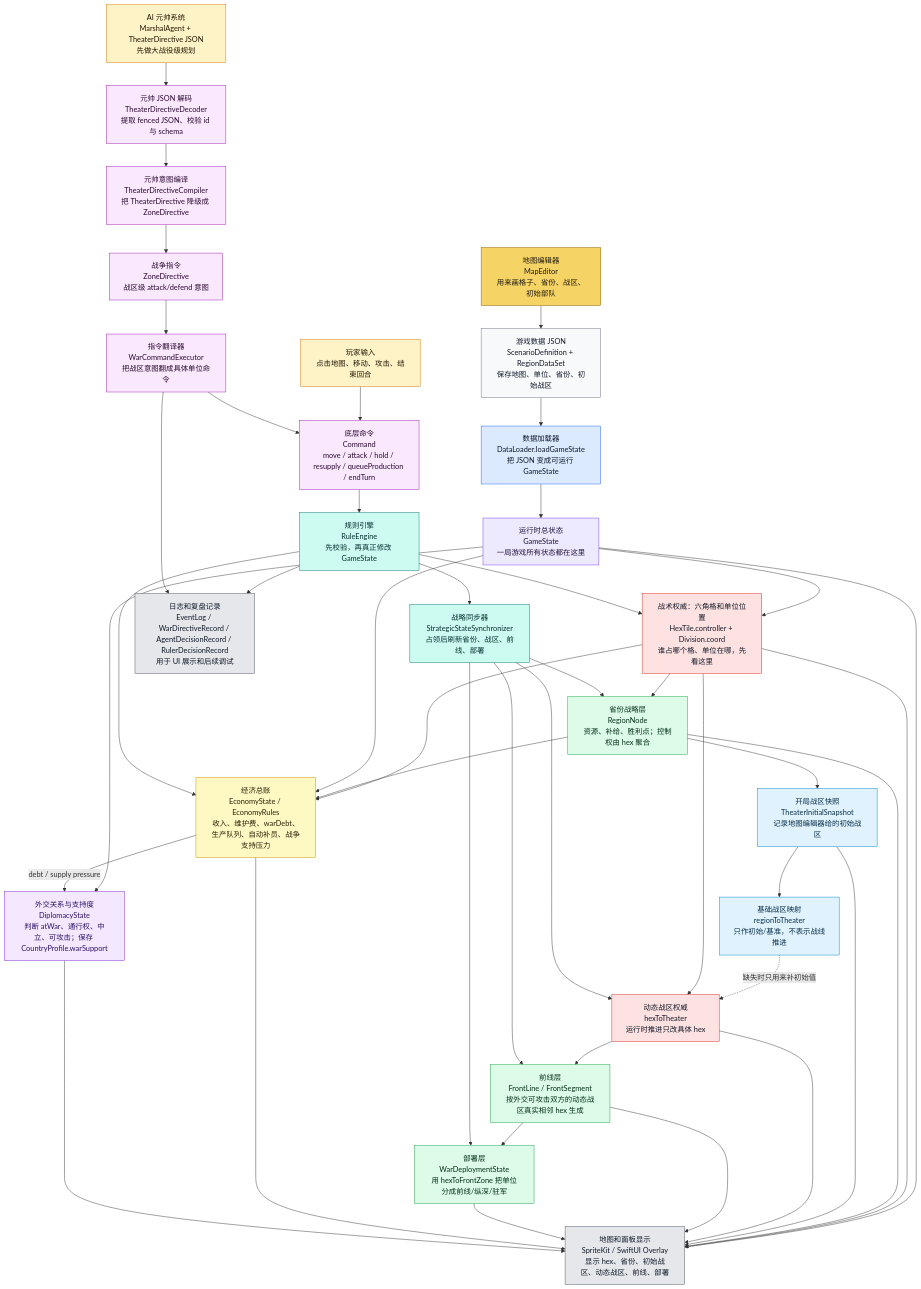
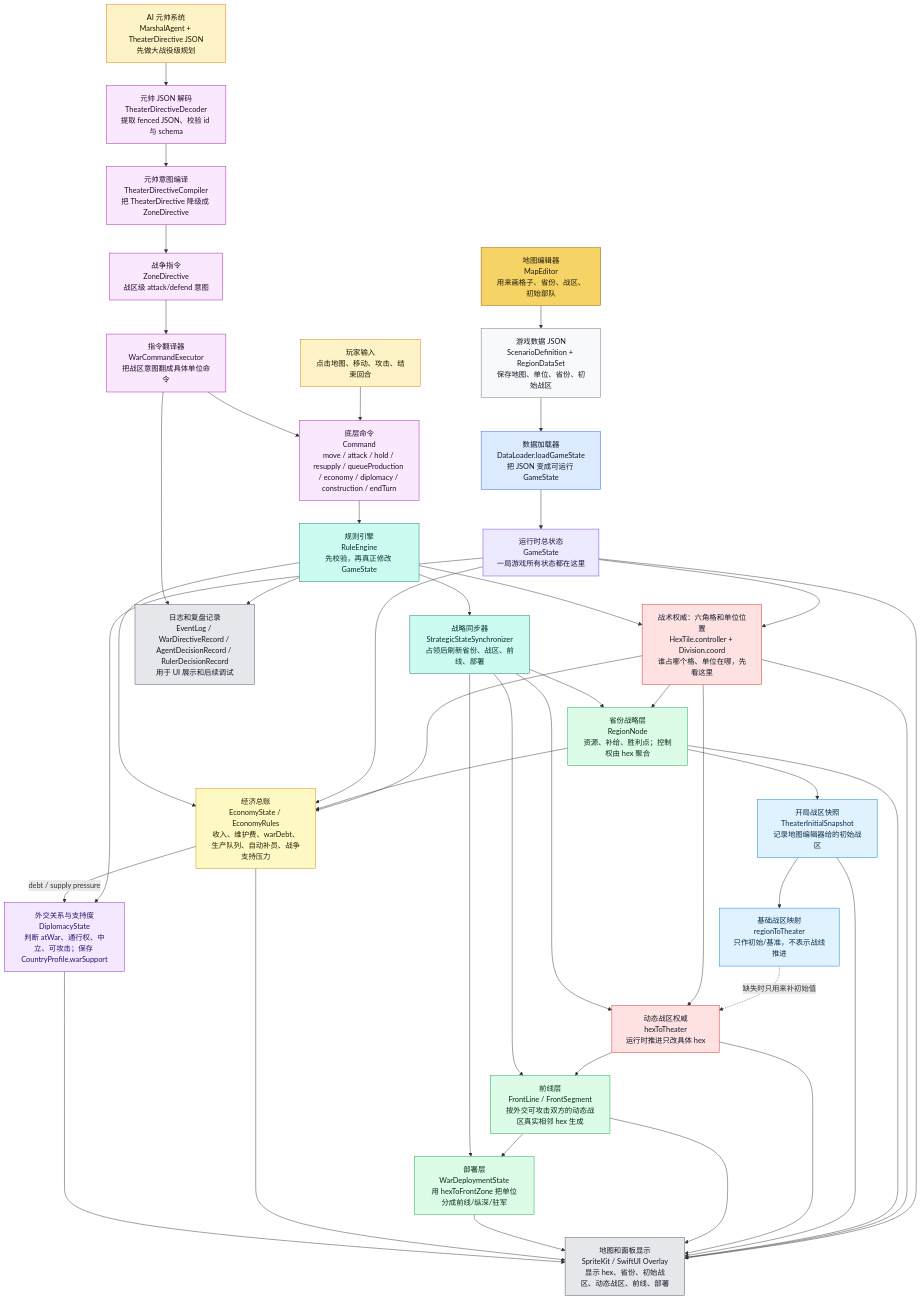
One commit to Altman-sam114/126 changed the second of 9 diagrams in md/flow/flowchart.md. Above: the diagram before and after it, drawn with Mermaid. The commit also changed other lines of this file and 9 other files, not shown here.

Commit message:
feat(diplomacy): add declare war command

````diff
--- a/md/flow/flowchart.md
+++ b/md/flow/flowchart.md
@@ -72,79 +72,79 @@
 ```mermaid
 flowchart TD
     ME["地图编辑器<br/>MapEditor<br/>用来画格子、省份、战区、初始部队"]:::editor
     JSON["游戏数据 JSON<br/>ScenarioDefinition + RegionDataSet<br/>保存地图、单位、省份、初始战区"]:::data
     DL["数据加载器<br/>DataLoader.loadGameState<br/>把 JSON 变成可运行 GameState"]:::loader
     GS["运行时总状态<br/>GameState<br/>一局游戏所有状态都在这里"]:::state
 
     HEX["战术权威：六角格和单位位置<br/>HexTile.controller + Division.coord<br/>谁占哪个格、单位在哪，先看这里"]:::authority
     REGION["省份战略层<br/>RegionNode<br/>资源、补给、胜利点；控制权由 hex 聚合"]:::derived
     INIT["开局战区快照<br/>TheaterInitialSnapshot<br/>记录地图编辑器给的初始战区"]:::snapshot
     R2T["基础战区映射<br/>regionToTheater<br/>只作初始/基准，不表示战线推进"]:::snapshot
     H2T["动态战区权威<br/>hexToTheater<br/>运行时推进只改具体 hex"]:::authority
     FRONT["前线层<br/>FrontLine / FrontSegment<br/>按外交可攻击双方的动态战区真实相邻 hex 生成"]:::derived
     DEPLOY["部署层<br/>WarDeploymentState<br/>用 hexToFrontZone 把单位分成前线/纵深/驻军"]:::derived
     ECO["经济总账<br/>EconomyState / EconomyRules<br/>收入、维护费、warDebt、生产队列、自动补员、战争支持压力"]:::economy
     DIP["外交关系与支持度<br/>DiplomacyState<br/>判断 atWar、通行权、中立、可攻击；保存 CountryProfile.warSupport"]:::diplomacy
     PLAYER["玩家输入<br/>点击地图、移动、攻击、结束回合"]:::input
     AI["AI 元帅系统<br/>MarshalAgent + TheaterDirective JSON<br/>先做大战役级规划"]:::input
     DEC["元帅 JSON 解码<br/>TheaterDirectiveDecoder<br/>提取 fenced JSON、校验 id 与 schema"]:::command
     COMP["元帅意图编译<br/>TheaterDirectiveCompiler<br/>把 TheaterDirective 降级成 ZoneDirective"]:::command
     ZD["战争指令<br/>ZoneDirective<br/>战区级 attack/defend 意图"]:::command
     WCE["指令翻译器<br/>WarCommandExecutor<br/>把战区意图翻成具体单位命令"]:::command
-    CMD["底层命令<br/>Command<br/>move / attack / hold / resupply / queueProduction / endTurn"]:::command
+    CMD["底层命令<br/>Command<br/>move / attack / hold / resupply / queueProduction / economy / diplomacy / construction / endTurn"]:::command
     RE["规则引擎<br/>RuleEngine<br/>先校验，再真正修改 GameState"]:::rules
     SYNC["战略同步器<br/>StrategicStateSynchronizer<br/>占领后刷新省份、战区、前线、部署"]:::rules
 
     UI["地图和面板显示<br/>SpriteKit / SwiftUI Overlay<br/>显示 hex、省份、初始战区、动态战区、前线、部署"]:::ui
     LOG["日志和复盘记录<br/>EventLog / WarDirectiveRecord / AgentDecisionRecord / RulerDecisionRecord<br/>用于 UI 展示和后续调试"]:::ui
 
     ME --> JSON --> DL --> GS
     GS --> HEX
     HEX --> REGION
     HEX --> ECO
     REGION --> ECO
     REGION --> INIT
     INIT --> R2T
     R2T -.->|缺失时只用来补初始值| H2T
     HEX --> H2T
     H2T --> FRONT --> DEPLOY
     GS --> ECO
     GS --> DIP
     ECO -->|debt / supply pressure| DIP
 
     PLAYER --> CMD
     AI --> DEC --> COMP --> ZD --> WCE --> CMD
     CMD --> RE --> HEX
     RE --> ECO
     RE --> SYNC
     SYNC --> REGION
     SYNC --> H2T
     SYNC --> FRONT
     SYNC --> DEPLOY
 
     GS --> UI
     HEX --> UI
     REGION --> UI
     INIT --> UI
     H2T --> UI
     FRONT --> UI
     DEPLOY --> UI
     ECO --> UI
     DIP --> UI
     RE --> LOG
     WCE --> LOG
 
     classDef editor fill:#f6d365,stroke:#8a5a00,color:#1f1b10
     classDef data fill:#f8f9fb,stroke:#6b7280,color:#111827
     classDef loader fill:#dbeafe,stroke:#2563eb,color:#0f172a
     classDef state fill:#ede9fe,stroke:#7c3aed,color:#1f143d
     classDef authority fill:#fee2e2,stroke:#dc2626,color:#111827
     classDef derived fill:#dcfce7,stroke:#16a34a,color:#052e16
     classDef snapshot fill:#e0f2fe,stroke:#0284c7,color:#082f49
     classDef input fill:#fef3c7,stroke:#d97706,color:#1f1600
     classDef economy fill:#fef9c3,stroke:#ca8a04,color:#292107
     classDef diplomacy fill:#f3e8ff,stroke:#7e22ce,color:#2e1065
     classDef command fill:#fae8ff,stroke:#a21caf,color:#2a0a2f
     classDef rules fill:#ccfbf1,stroke:#0f766e,color:#042f2e
     classDef ui fill:#e5e7eb,stroke:#4b5563,color:#111827
 ```
````
